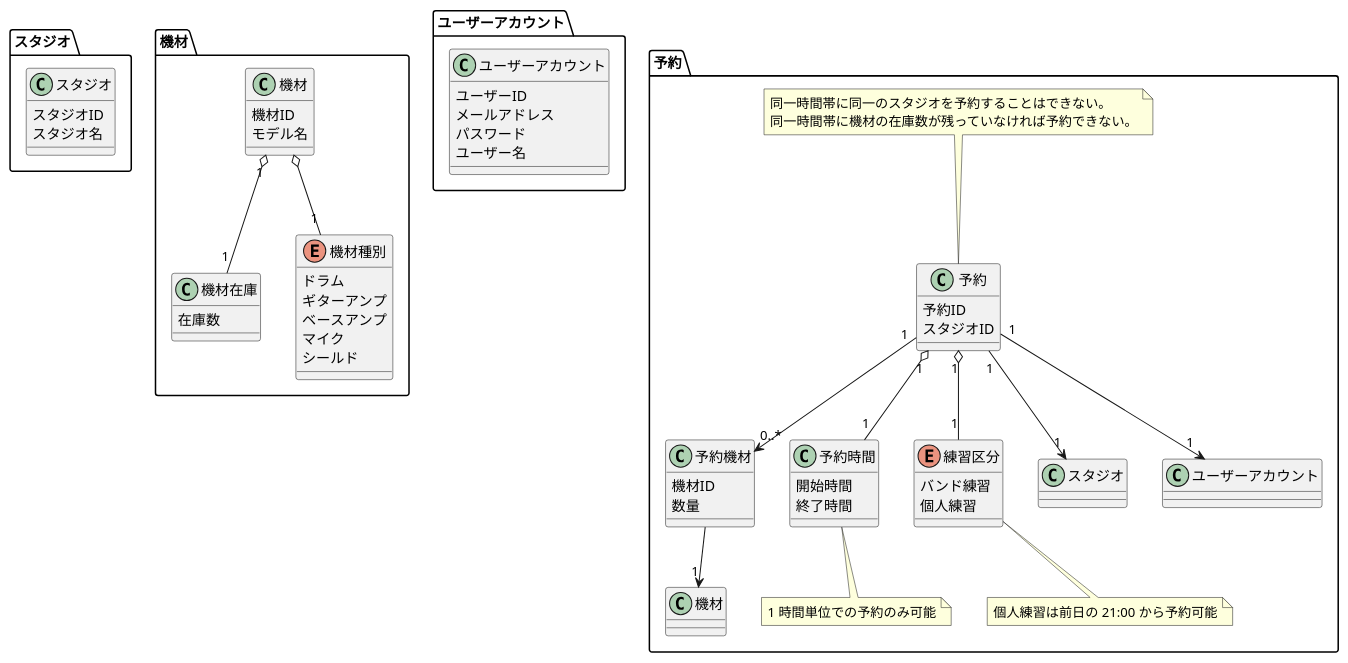
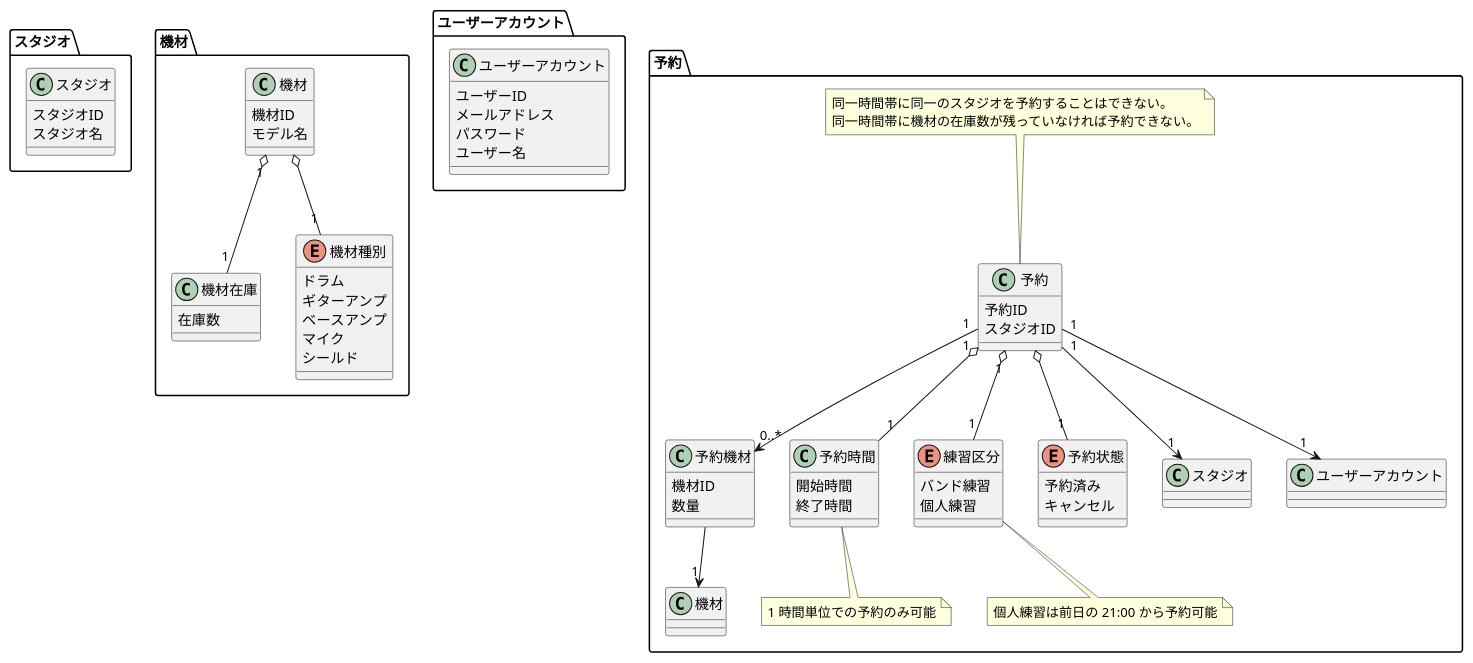
Before and after one commit to TakashiOnawa/ddd-practice-studio-reservation: the diagram in modeling/06_DomainModel_V1.pu, drawn with PlantUML. The commit also changed 1 other file, not shown here.

```diff
--- a/modeling/06_DomainModel_V1.pu
+++ b/modeling/06_DomainModel_V1.pu
@@ -1,98 +1,104 @@
 @startuml DomainModel
 
 package スタジオ
 {
     class スタジオ
     {
         スタジオID
         スタジオ名
     }
 }
 
 package 機材
 {
     class 機材
     {
         機材ID
         モデル名
     }
 
     class 機材在庫
     {
         在庫数
     }
 
     enum 機材種別
     {
         ドラム
         ギターアンプ
         ベースアンプ
         マイク
         シールド
     }
 
     機材 o-- "1" 機材種別
     機材 "1" o-- "1" 機材在庫
 }
 
 package ユーザーアカウント
 {
     class ユーザーアカウント
     {
         ユーザーID
         メールアドレス
         パスワード
         ユーザー名
     }
 }
 
 package 予約
 {
     class 予約
     {
         予約ID
         スタジオID
     }
 
     class 予約機材
     {
         機材ID
         数量
     }
 
     class 予約時間
     {
         開始時間
         終了時間
     }
 
     enum 練習区分
     {
         バンド練習
         個人練習
     }
 
+    enum 予約状態
+    {
+        予約済み
+        キャンセル
+    }
+
     予約 "1" o-- "1" 練習区分
     予約 "1" o-- "1" 予約時間
+    予約 o-- "1" 予約状態
+    予約 "1" --> "0..*" 予約機材
+    予約機材 --> "1" 機材
 
     予約 "1" --> "1" スタジオ
-    予約 "1" --> "0..*" 予約機材
     予約 "1" --> "1" ユーザーアカウント
-
-    予約機材 --> "1" 機材
 
     note top of 予約
     同一時間帯に同一のスタジオを予約することはできない。
     同一時間帯に機材の在庫数が残っていなければ予約できない。
     end note
 
     note bottom of 予約時間
     1 時間単位での予約のみ可能
     end note
 
     note bottom of 練習区分
     個人練習は前日の 21:00 から予約可能
     end note
 }
 
 @enduml
```
